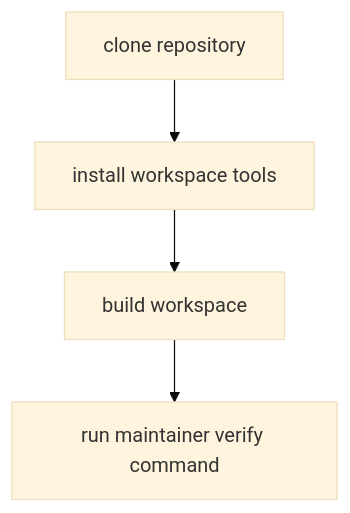
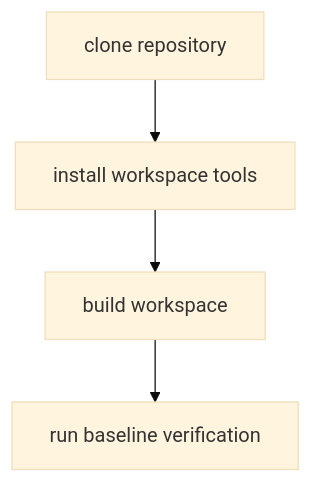
One commit to bijux/bijux-cli changed the diagram in docs/bijux-dev/operations/toolchain-setup.md. Above: the diagram before and after it, drawn with Mermaid (base theme). The commit also changed other lines of this file, not shown here.

````diff
--- a/docs/bijux-dev/operations/toolchain-setup.md
+++ b/docs/bijux-dev/operations/toolchain-setup.md
@@ -17,6 +20,6 @@
 ```mermaid
 flowchart TD
-    clone[clone repository] --> install[install workspace tools]
-    install --> build[build workspace]
-    build --> verify[run maintainer verify command]
+    clone["clone repository"] --> install["install workspace tools"]
+    install --> build["build workspace"]
+    build --> verify["run baseline verification"]
 ```
````
